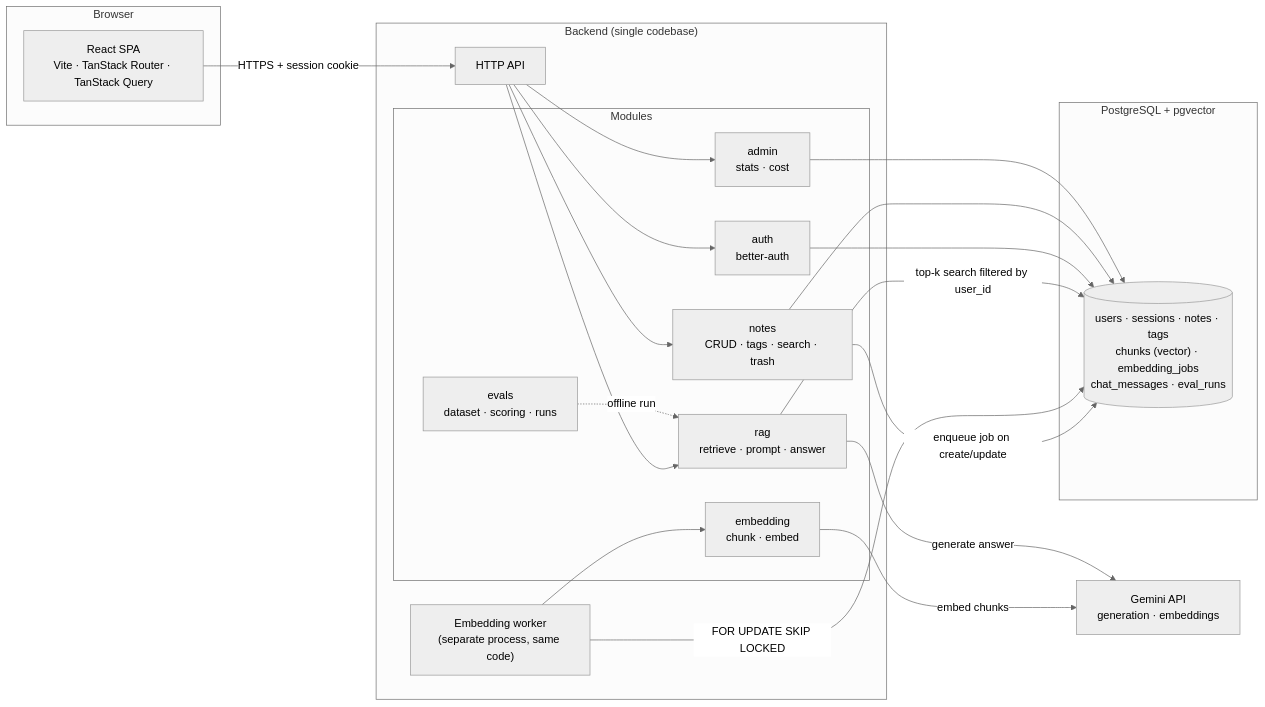
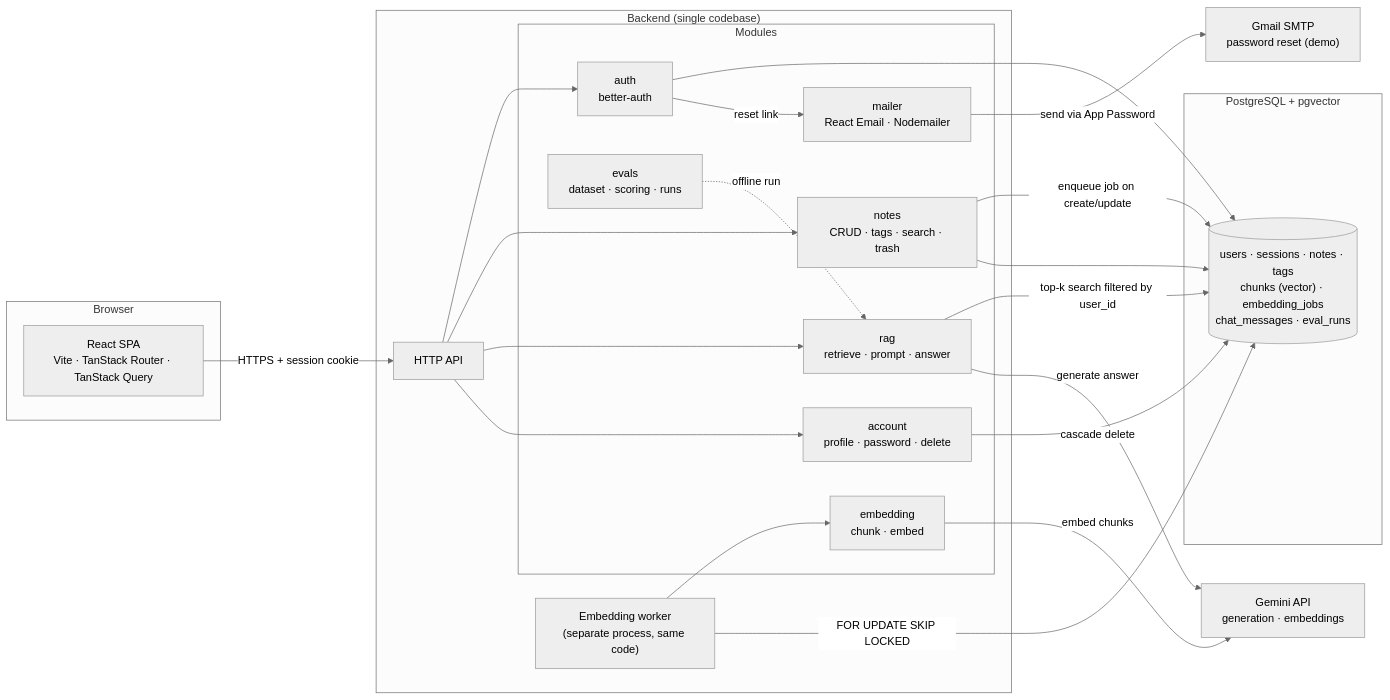
The first of 3 diagrams in README.md (wynn-nguyen-dev/Synapse), drawn with Mermaid (neutral theme) before and after one commit. The commit also changed other lines of this file, not shown here.

````diff
--- a/README.md
+++ b/README.md
@@ -92,41 +98,45 @@
 ```mermaid
 flowchart LR
     subgraph Client["Browser"]
         UI["React SPA<br/>Vite · TanStack Router · TanStack Query"]
     end
 
     subgraph Backend["Backend (single codebase)"]
         API["HTTP API"]
         subgraph Modules["Modules"]
             AUTH["auth<br/>better-auth"]
             NOTES["notes<br/>CRUD · tags · search · trash"]
             RAG["rag<br/>retrieve · prompt · answer"]
             EMB["embedding<br/>chunk · embed"]
             EVALS["evals<br/>dataset · scoring · runs"]
-            ADMIN["admin<br/>stats · cost"]
+            ACCOUNT["account<br/>profile · password · delete"]
+            MAILER["mailer<br/>React Email · Nodemailer"]
         end
         WORKER["Embedding worker<br/>(separate process, same code)"]
     end
 
     subgraph Data["PostgreSQL + pgvector"]
         DB[("users · sessions · notes · tags<br/>chunks (vector) · embedding_jobs<br/>chat_messages · eval_runs")]
     end
 
     GEMINI["Gemini API<br/>generation · embeddings"]
+    SMTP["Gmail SMTP<br/>password reset (demo)"]
 
     UI -- "HTTPS + session cookie" --> API
     API --> AUTH
     API --> NOTES
     API --> RAG
-    API --> ADMIN
+    API --> ACCOUNT
     NOTES -- "enqueue job on create/update" --> DB
     WORKER -- "FOR UPDATE SKIP LOCKED" --> DB
     WORKER --> EMB
     EMB -- "embed chunks" --> GEMINI
     RAG -- "top-k search filtered by user_id" --> DB
     RAG -- "generate answer" --> GEMINI
     EVALS -. "offline run" .-> RAG
     AUTH --> DB
+    AUTH -- "reset link" --> MAILER
+    MAILER -- "send via App Password" --> SMTP
     NOTES --> DB
-    ADMIN --> DB
+    ACCOUNT -- "cascade delete" --> DB
 ```
````
